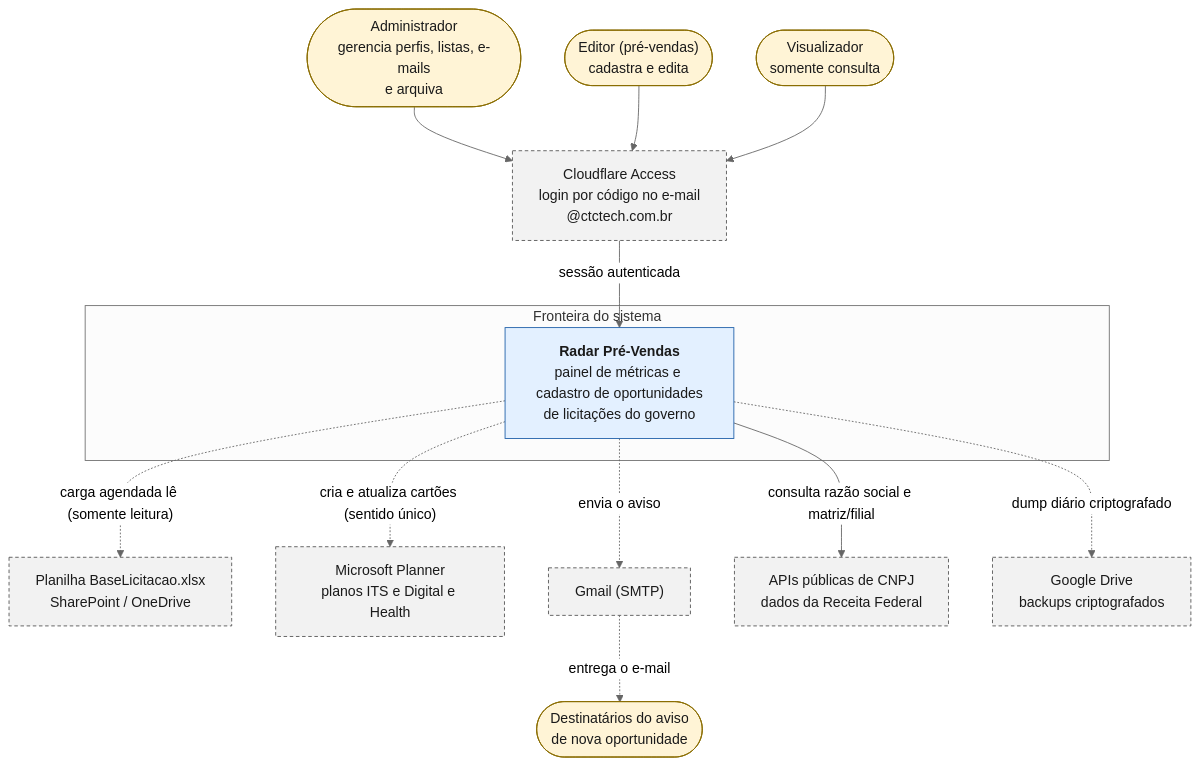
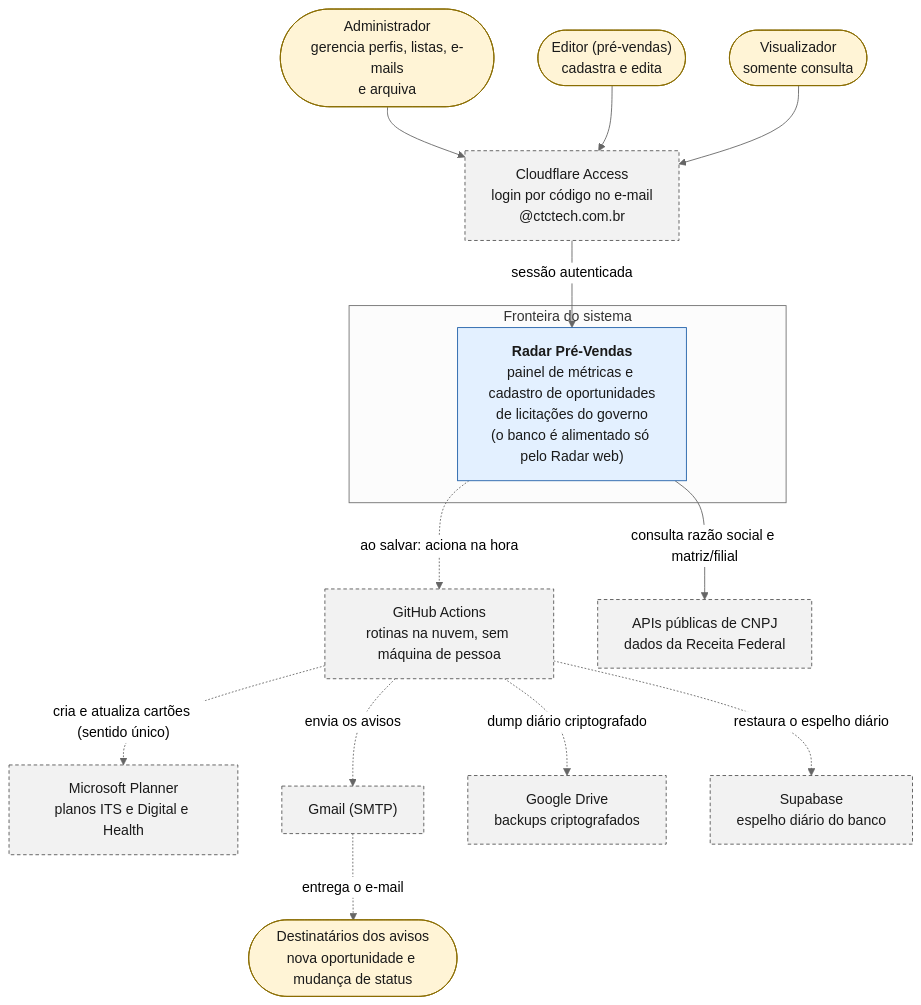
The second of 22 diagrams in docs/DIAGRAMAS.md (agentanalisedegoverno-svg/dashboard-metrics-team), drawn with Mermaid (neutral theme) before and after one commit. The commit also changed other lines of this file and 23 other files, not shown here.

Commit message:
docs: atualizar arquitetura, diagramas (D1 a D19, SVG) e documentos ao estado de 28/10/2026

````diff
--- a/docs/DIAGRAMAS.md
+++ b/docs/DIAGRAMAS.md
@@ -57,34 +57,36 @@
 ```mermaid
 flowchart TB
   classDef pessoa fill:#fff4d6,stroke:#8a6d00,color:#1a1a1a
   classDef interno fill:#e3f0ff,stroke:#1f5fa8,color:#1a1a1a
   classDef externo fill:#f2f2f2,stroke:#555555,stroke-dasharray:4 3,color:#1a1a1a
 
   adm(["Administrador<br/>gerencia perfis, listas, e-mails<br/>e arquiva"]):::pessoa
   edt(["Editor (pré-vendas)<br/>cadastra e edita"]):::pessoa
   vis(["Visualizador<br/>somente consulta"]):::pessoa
-  dest(["Destinatários do aviso<br/>de nova oportunidade"]):::pessoa
+  dest(["Destinatários dos avisos<br/>nova oportunidade e mudança de status"]):::pessoa
 
   access["Cloudflare Access<br/>login por código no e-mail<br/>@ctctech.com.br"]:::externo
 
   subgraph fronteira["Fronteira do sistema"]
-    radar["<b>Radar Pré-Vendas</b><br/>painel de métricas e cadastro de oportunidades<br/>de licitações do governo"]:::interno
+    radar["<b>Radar Pré-Vendas</b><br/>painel de métricas e cadastro de oportunidades<br/>de licitações do governo<br/>(o banco é alimentado só pelo Radar web)"]:::interno
   end
 
-  xls["Planilha BaseLicitacao.xlsx<br/>SharePoint / OneDrive"]:::externo
+  gh["GitHub Actions<br/>rotinas na nuvem, sem máquina de pessoa"]:::externo
   planner["Microsoft Planner<br/>planos ITS e Digital e Health"]:::externo
   gmail["Gmail (SMTP)"]:::externo
   receita["APIs públicas de CNPJ<br/>dados da Receita Federal"]:::externo
   drive["Google Drive<br/>backups criptografados"]:::externo
+  supa["Supabase<br/>espelho diário do banco"]:::externo
 
   adm --> access
   edt --> access
   vis --> access
   access -->|"sessão autenticada"| radar
-  radar -.->|"carga agendada lê (somente leitura)"| xls
-  radar -.->|"cria e atualiza cartões (sentido único)"| planner
-  radar -.->|"envia o aviso"| gmail
+  radar -->|"consulta razão social e matriz/filial"| receita
+  radar -.->|"ao salvar: aciona na hora"| gh
+  gh -.->|"cria e atualiza cartões (sentido único)"| planner
+  gh -.->|"envia os avisos"| gmail
   gmail -.->|"entrega o e-mail"| dest
-  radar -->|"consulta razão social e matriz/filial"| receita
-  radar -.->|"dump diário criptografado"| drive
+  gh -.->|"dump diário criptografado"| drive
+  gh -.->|"restaura o espelho diário"| supa
 ```
````
